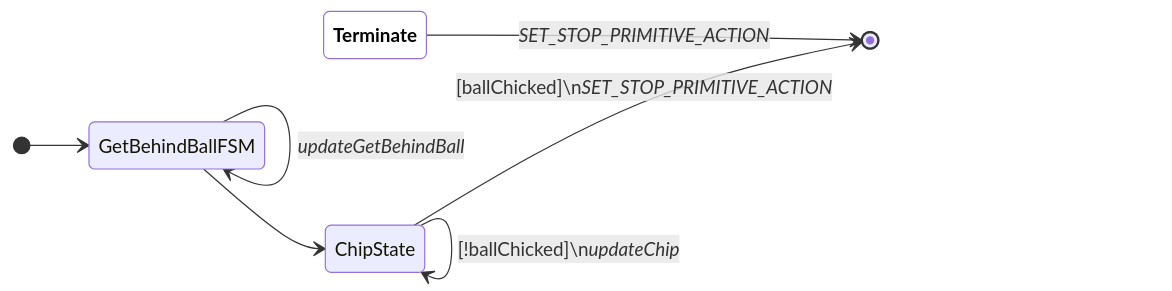
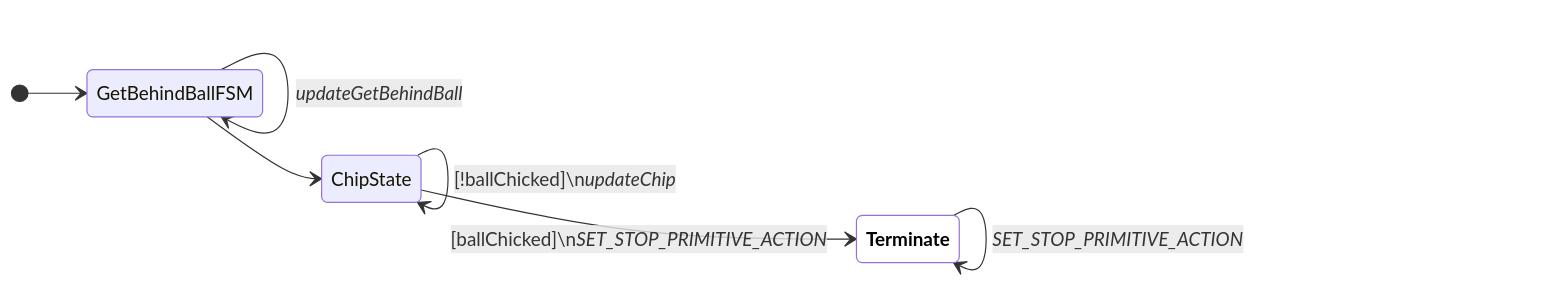
One commit to UBC-Thunderbots/Software changed the eighth of 16 diagrams in docs/fsm-diagrams.md. Above: the diagram before and after it, drawn with Mermaid. The commit also changed other lines of this file and 1 other file, not shown here.

Commit message:
Combine end and terminate state

````diff
--- a/docs/fsm-diagrams.md
+++ b/docs/fsm-diagrams.md
@@ -138,13 +138,13 @@
 ```mermaid
 
 stateDiagram-v2
 classDef terminate fill:white,color:black,font-weight:bold
 direction LR
 [*] --> GetBehindBallFSM
 GetBehindBallFSM --> GetBehindBallFSM : <i>updateGetBehindBall</i>
 GetBehindBallFSM --> ChipState
 ChipState --> ChipState : [!ballChicked]\n<i>updateChip</i>
-ChipState --> [*] : [ballChicked]\n<i>SET_STOP_PRIMITIVE_ACTION</i>
-Terminate:::terminate --> [*] : <i>SET_STOP_PRIMITIVE_ACTION</i>
+ChipState --> Terminate:::terminate : [ballChicked]\n<i>SET_STOP_PRIMITIVE_ACTION</i>
+Terminate:::terminate --> Terminate:::terminate : <i>SET_STOP_PRIMITIVE_ACTION</i>
 
 ```
````
